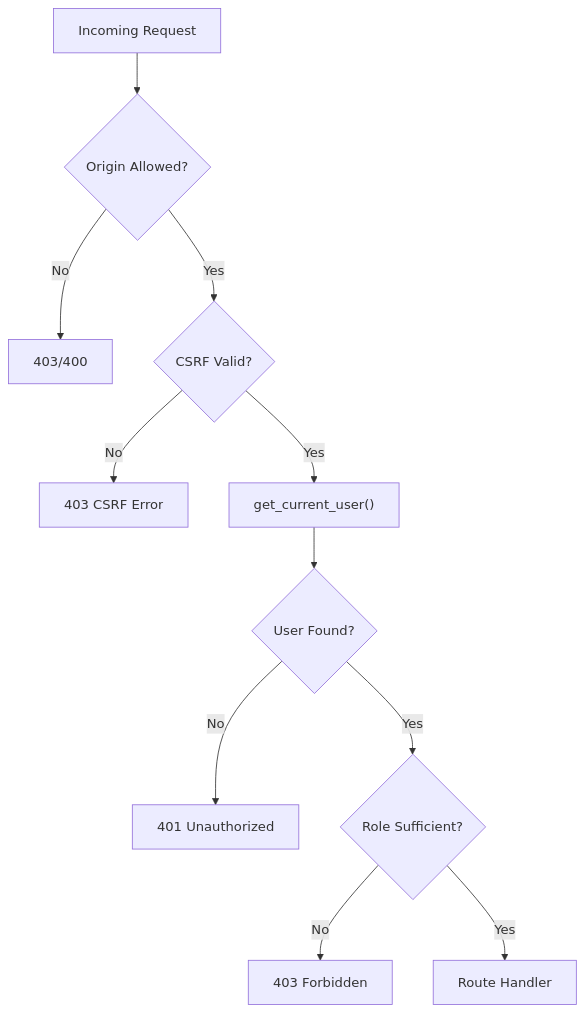
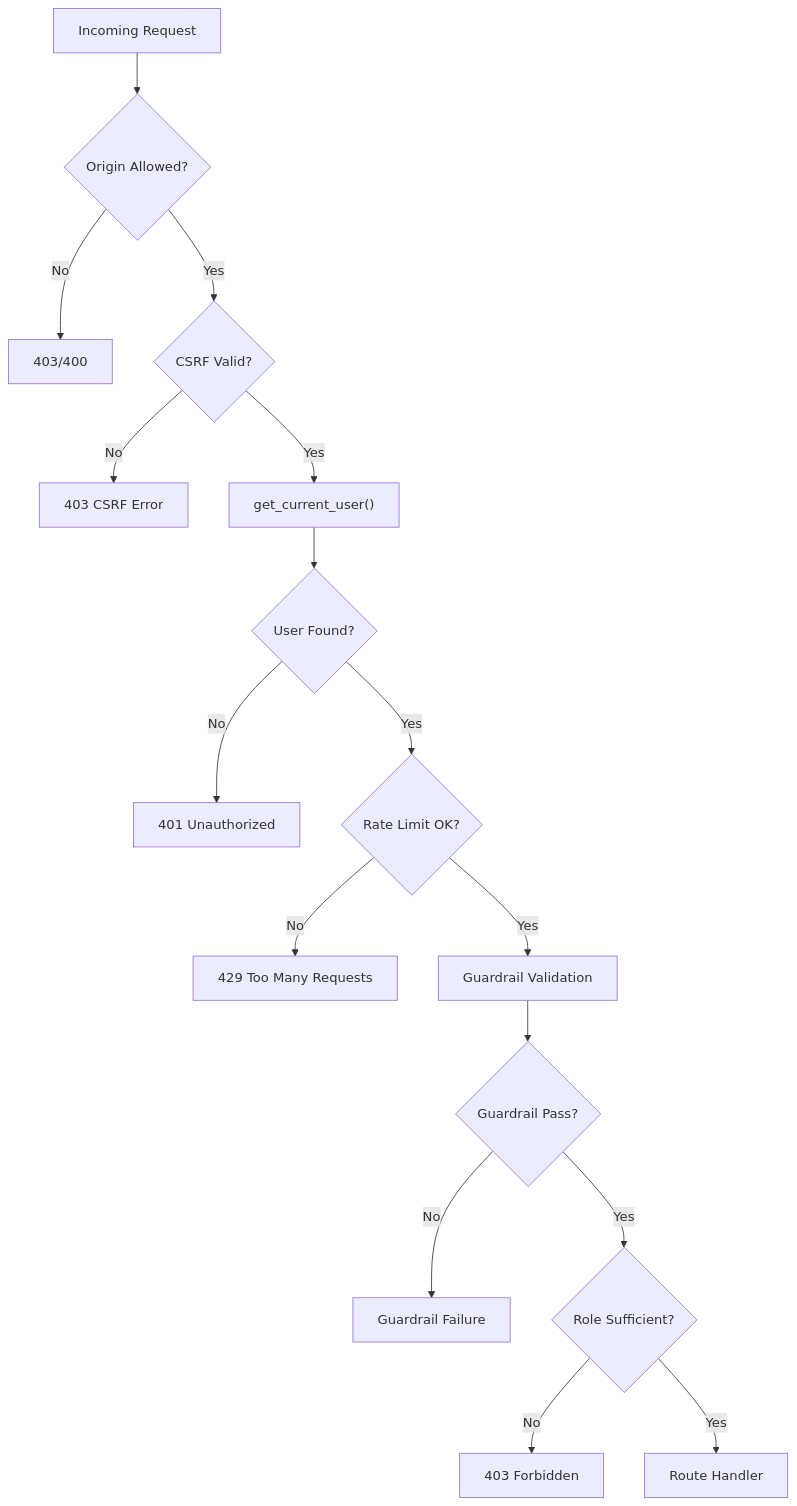
Before and after one commit to Revanththetalogics/aireume: the fifth of 13 diagrams in .qoder/repowiki/en/content/Advanced Topics/Security Hardening/Security Hardening.md, drawn with Mermaid. The commit also changed other lines of this file and 21 other files, not shown here.

Commit message:
add domain-clustered skill taxonomy and two-pass validation to fix false positives; unlock tenant weight customization

````diff
--- a/.qoder/repowiki/en/content/Advanced Topics/Security Hardening/Security Hardening.md
+++ b/.qoder/repowiki/en/content/Advanced Topics/Security Hardening/Security Hardening.md
@@ -493,13 +560,18 @@
 ```mermaid
 flowchart TD
 Req["Incoming Request"] --> CORS{"Origin Allowed?"}
 CORS --> |No| Block["403/400"]
 CORS --> |Yes| CSRF{"CSRF Valid?"}
 CSRF --> |No| CSRFBlock["403 CSRF Error"]
 CSRF --> |Yes| Auth["get_current_user()"]
 Auth --> Found{"User Found?"}
 Found --> |No| Unauthorized["401 Unauthorized"]
-Found --> |Yes| Role{"Role Sufficient?"}
+Found --> |Yes| RateLimit{"Rate Limit OK?"}
+RateLimit --> |No| RateLimitBlock["429 Too Many Requests"]
+RateLimit --> |Yes| Guardrail["Guardrail Validation"]
+Guardrail --> GuardrailOK{"Guardrail Pass?"}
+GuardrailOK --> |No| GuardrailBlock["Guardrail Failure"]
+GuardrailOK --> |Yes| Role{"Role Sufficient?"}
 Role --> |No| Forbidden["403 Forbidden"]
 Role --> |Yes| Handler["Route Handler"]
 ```
````
